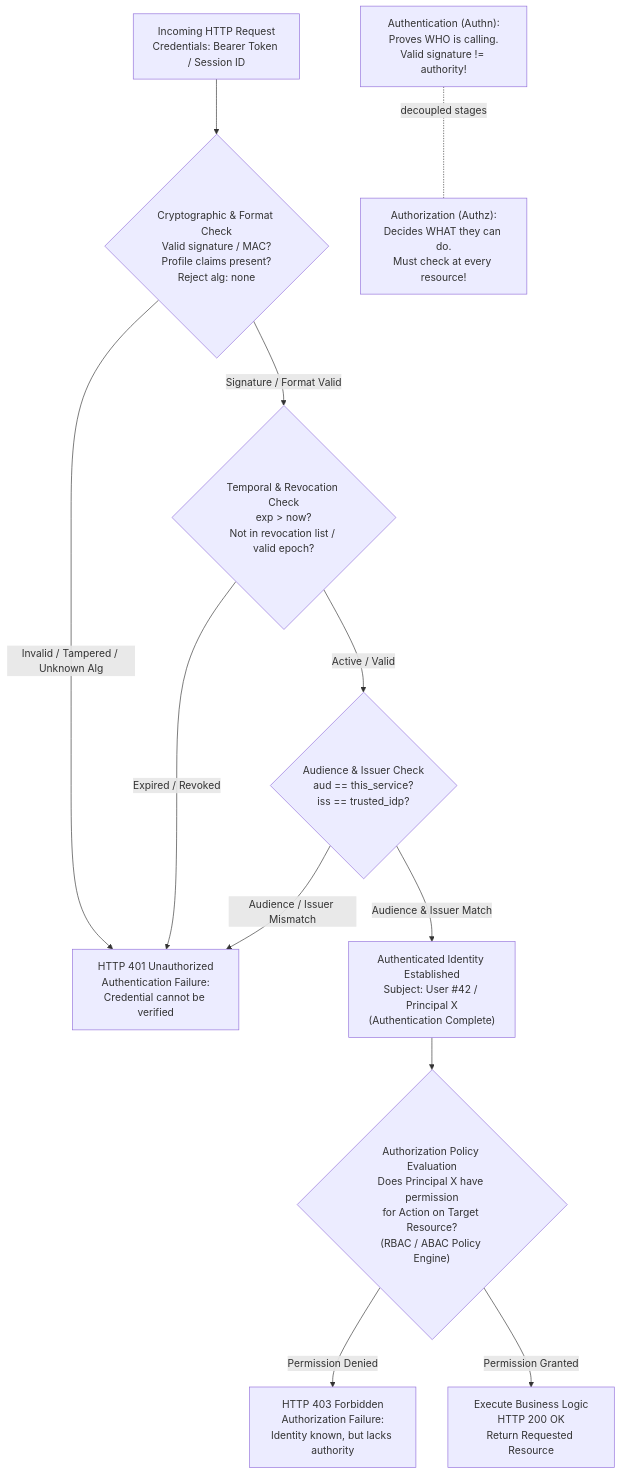
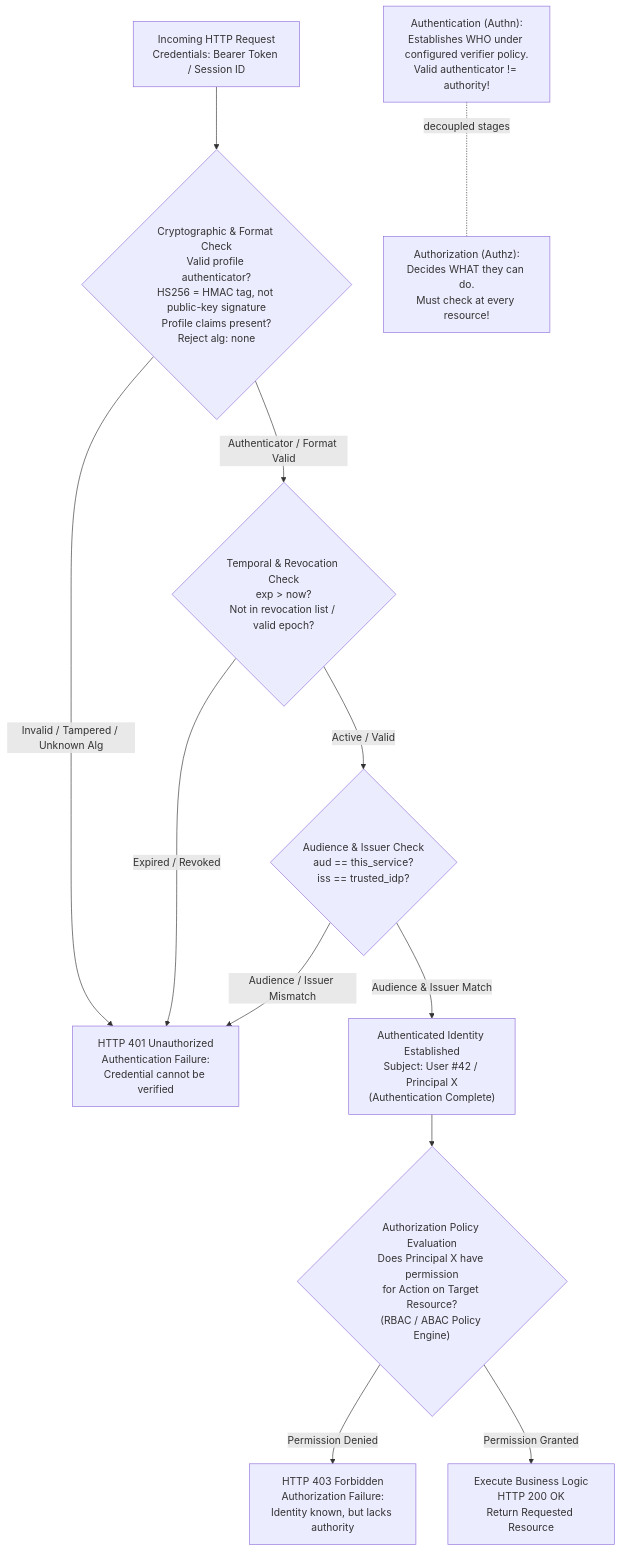
One commit to CN-JJB/essential-cs changed the diagram in book/22-security-synthesis-auth-composition/visuals/FIG-M22-01-authn-vs-authz-decision-path.mmd. Above: the diagram before and after it, drawn with Mermaid. The commit also changed 4 other files, not shown here.

```diff
--- a/book/22-security-synthesis-auth-composition/visuals/FIG-M22-01-authn-vs-authz-decision-path.mmd
+++ b/book/22-security-synthesis-auth-composition/visuals/FIG-M22-01-authn-vs-authz-decision-path.mmd
@@ -1,18 +1,18 @@
 %% FIG-M22-01 — Authentication vs. Authorization Request Decision Path
 %% Original, course-owned, editable Mermaid source for Essential CS.
 flowchart TB
-    R["Incoming HTTP Request<br/>Credentials: Bearer Token / Session ID"] --> V1{"Cryptographic & Format Check<br/>Valid signature / MAC?<br/>Profile claims present?<br/>Reject alg: none"}
+    R["Incoming HTTP Request<br/>Credentials: Bearer Token / Session ID"] --> V1{"Cryptographic & Format Check<br/>Valid profile authenticator?<br/>HS256 = HMAC tag, not public-key signature<br/>Profile claims present?<br/>Reject alg: none"}
     V1 -->|"Invalid / Tampered / Unknown Alg"| E401["HTTP 401 Unauthorized<br/>Authentication Failure:<br/>Credential cannot be verified"]
-    V1 -->|"Signature / Format Valid"| V2{"Temporal & Revocation Check<br/>exp > now?<br/>Not in revocation list / valid epoch?"}
+    V1 -->|"Authenticator / Format Valid"| V2{"Temporal & Revocation Check<br/>exp > now?<br/>Not in revocation list / valid epoch?"}
     V2 -->|"Expired / Revoked"| E401
     V2 -->|"Active / Valid"| V3{"Audience & Issuer Check<br/>aud == this_service?<br/>iss == trusted_idp?"}
     V3 -->|"Audience / Issuer Mismatch"| E401
     V3 -->|"Audience & Issuer Match"| ID["Authenticated Identity Established<br/>Subject: User #42 / Principal X<br/>(Authentication Complete)"]
 
     ID --> V4{"Authorization Policy Evaluation<br/>Does Principal X have permission<br/>for Action on Target Resource?<br/>(RBAC / ABAC Policy Engine)"}
     V4 -->|"Permission Denied"| E403["HTTP 403 Forbidden<br/>Authorization Failure:<br/>Identity known, but lacks authority"]
     V4 -->|"Permission Granted"| EXEC["Execute Business Logic<br/>HTTP 200 OK<br/>Return Requested Resource"]
 
-    N1["Authentication (Authn):<br/>Proves WHO is calling.<br/>Valid signature != authority!"]
+    N1["Authentication (Authn):<br/>Establishes WHO under configured verifier policy.<br/>Valid authenticator != authority!"]
     N2["Authorization (Authz):<br/>Decides WHAT they can do.<br/>Must check at every resource!"]
     N1 -. "decoupled stages" .- N2
```
